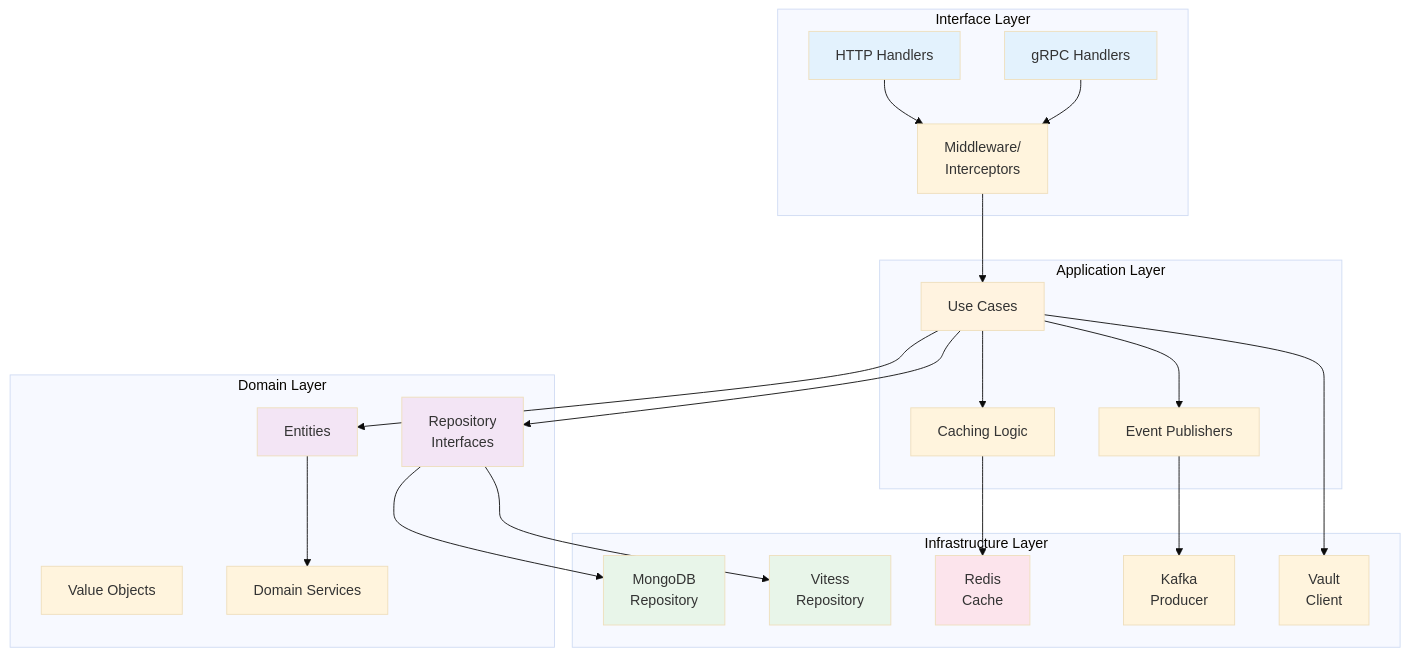
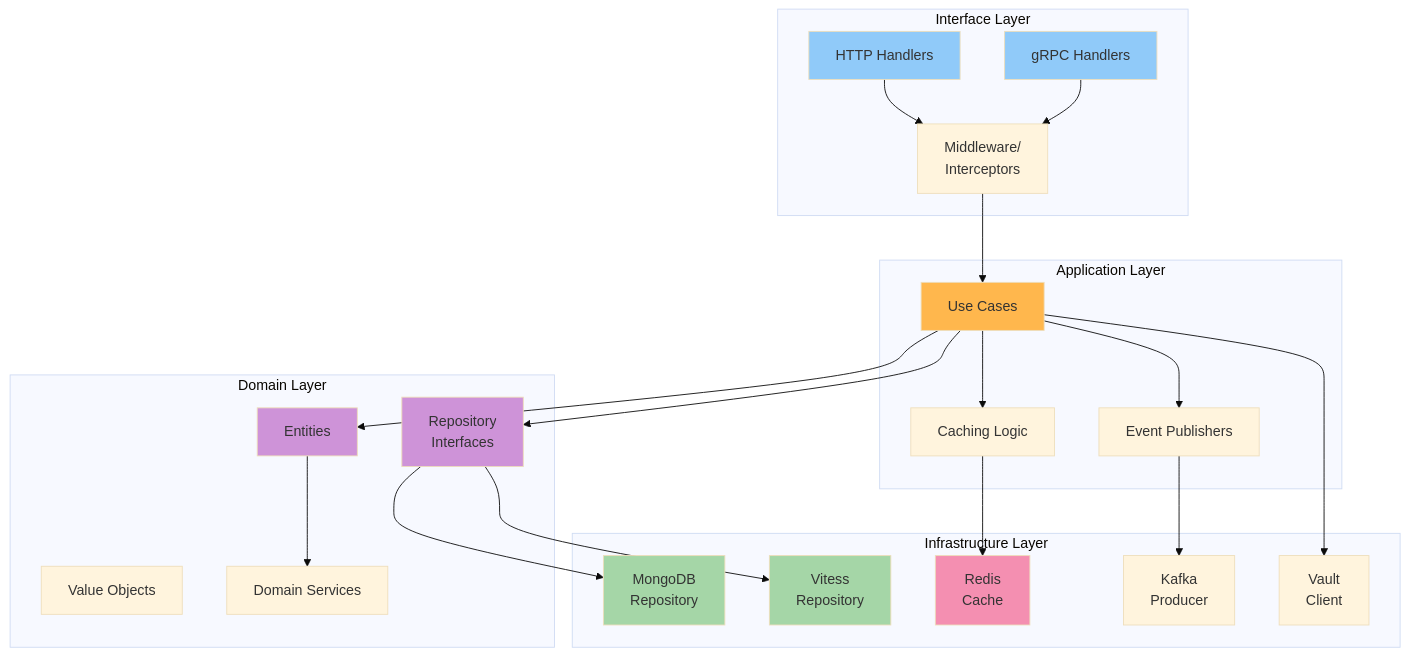
One commit to YouSangSon/database-service changed the second of 11 diagrams in docs/ARCHITECTURE.md. Above: the diagram before and after it, drawn with Mermaid (base theme). The commit also changed other lines of this file and 5 other files, not shown here.

First line of the commit message:
Update to Go 1.25.4 and improve Mermaid diagram readability

````diff
--- a/docs/ARCHITECTURE.md
+++ b/docs/ARCHITECTURE.md
@@ -77,52 +77,52 @@
 ```mermaid
 graph TD
     subgraph "Interface Layer"
         HTTP[HTTP Handlers]
         GRPC[gRPC Handlers]
         MW[Middleware/<br/>Interceptors]
     end
 
     subgraph "Application Layer"
         UC[Use Cases]
         EV[Event Publishers]
         CACHE[Caching Logic]
     end
 
     subgraph "Domain Layer"
         ENT[Entities]
         VO[Value Objects]
         REPO_IF[Repository<br/>Interfaces]
         DS[Domain Services]
     end
 
     subgraph "Infrastructure Layer"
         MONGO_R[MongoDB<br/>Repository]
         VITESS_R[Vitess<br/>Repository]
         REDIS_C[Redis<br/>Cache]
         KAFKA_P[Kafka<br/>Producer]
         VAULT_C[Vault<br/>Client]
     end
 
     HTTP --> MW
     GRPC --> MW
     MW --> UC
     UC --> EV
     UC --> CACHE
     UC --> ENT
     UC --> REPO_IF
     REPO_IF --> MONGO_R
     REPO_IF --> VITESS_R
     ENT --> DS
     CACHE --> REDIS_C
     EV --> KAFKA_P
     UC --> VAULT_C
 
-    style HTTP fill:#e3f2fd
-    style GRPC fill:#e3f2fd
-    style UC fill:#fff3e0
-    style ENT fill:#f3e5f5
-    style REPO_IF fill:#f3e5f5
-    style MONGO_R fill:#e8f5e9
-    style VITESS_R fill:#e8f5e9
-    style REDIS_C fill:#fce4ec
+    style HTTP fill:#90caf9
+    style GRPC fill:#90caf9
+    style UC fill:#ffb74d
+    style ENT fill:#ce93d8
+    style REPO_IF fill:#ce93d8
+    style MONGO_R fill:#a5d6a7
+    style VITESS_R fill:#a5d6a7
+    style REDIS_C fill:#f48fb1
 ```
````
